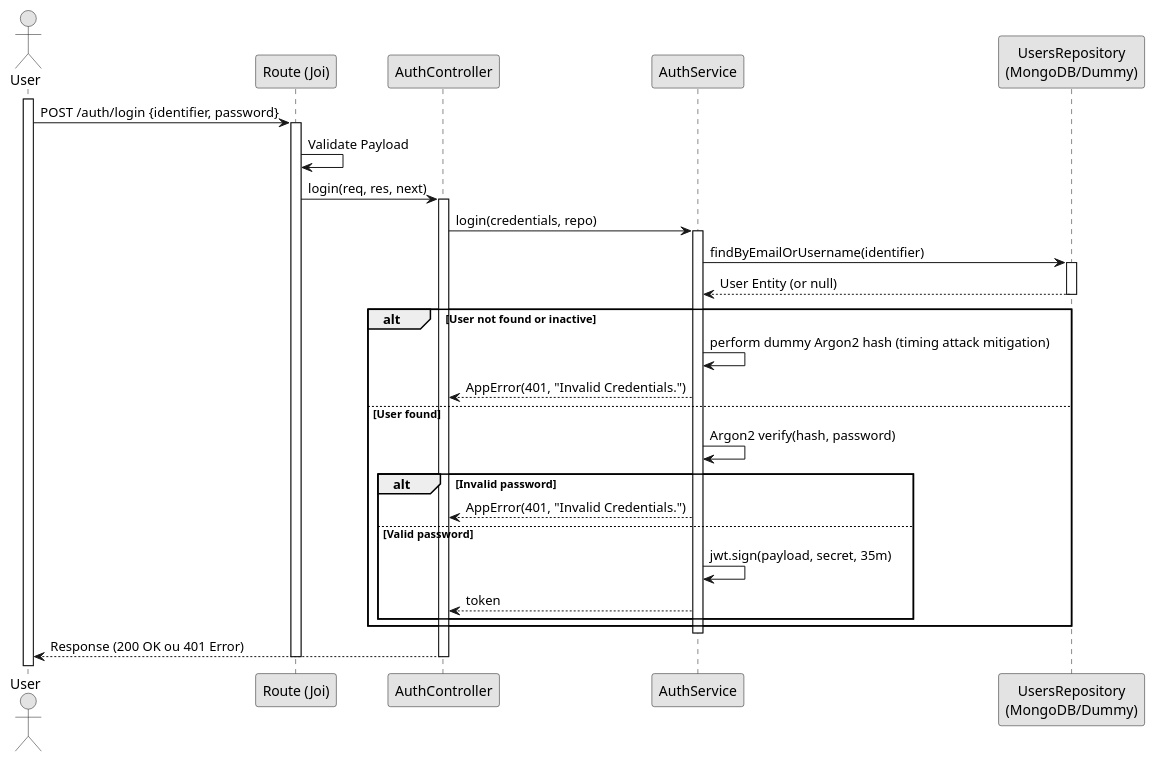
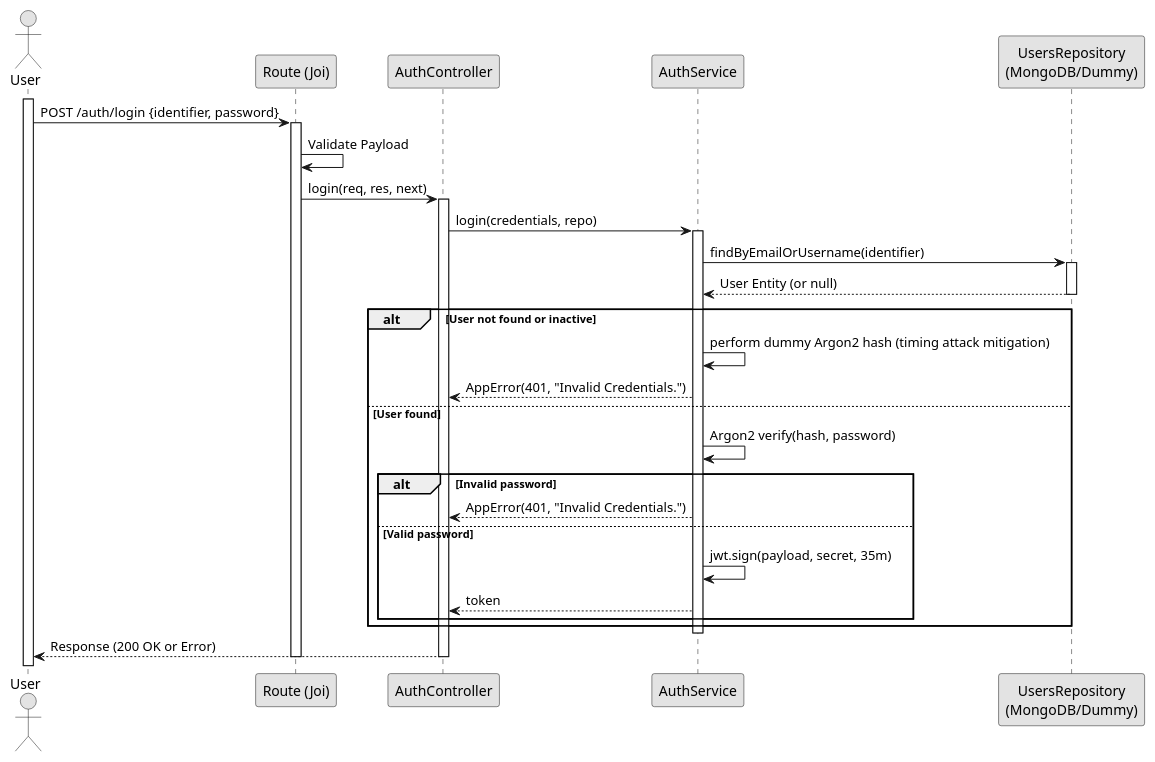
One commit to ivasduarte/laprizza changed the diagram in docs/Sprint 1/1241176-Iva-Silva/bck01/uc1-login-design.puml. Above: the diagram before and after it, drawn with PlantUML. The commit also changed 8 other files, not shown here.

Commit message:
docs(BCK01): add user authentication use cases and diagrams (#113)

```diff
--- a/docs/Sprint 1/1241176-Iva-Silva/bck01/uc1-login-design.puml
+++ b/docs/Sprint 1/1241176-Iva-Silva/bck01/uc1-login-design.puml
@@ -1,48 +1,48 @@
 @startuml "UC1: Login Design"
 skinparam monochrome true
 skinparam packageStyle rect
 skinparam defaultFontName FG Virgil
 skinparam shadowing false
 
 actor User
 participant "Route (Joi)" as route
 participant "AuthController" as controller
 participant "AuthService" as service
 participant "UsersRepository\n(MongoDB/Dummy)" as repo
 
 activate User
 
 User -> route : POST /auth/login {identifier, password}
 activate route
 
 route -> route : Validate Payload
 route -> controller : login(req, res, next)
 activate controller
 
 controller -> service : login(credentials, repo)
 activate service
 
 service -> repo : findByEmailOrUsername(identifier)
 activate repo
 repo --> service : User Entity (or null)
 deactivate repo
 
 alt User not found or inactive
     service -> service : perform dummy Argon2 hash (timing attack mitigation)
     service --> controller : AppError(401, "Invalid Credentials.")
 else User found
     service -> service : Argon2 verify(hash, password)
     
     alt Invalid password
         service --> controller : AppError(401, "Invalid Credentials.")
     else Valid password
         service -> service : jwt.sign(payload, secret, 35m)
         service --> controller : token
     end
 end
 deactivate service
 
-controller --> User : Response (200 OK ou 401 Error)
+controller --> User : Response (200 OK or Error)
 deactivate controller
 deactivate route
 @enduml
```
